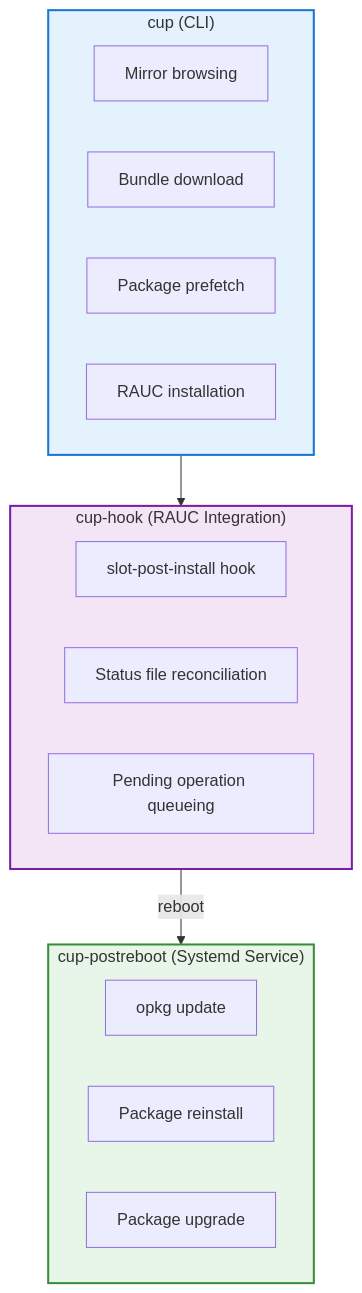
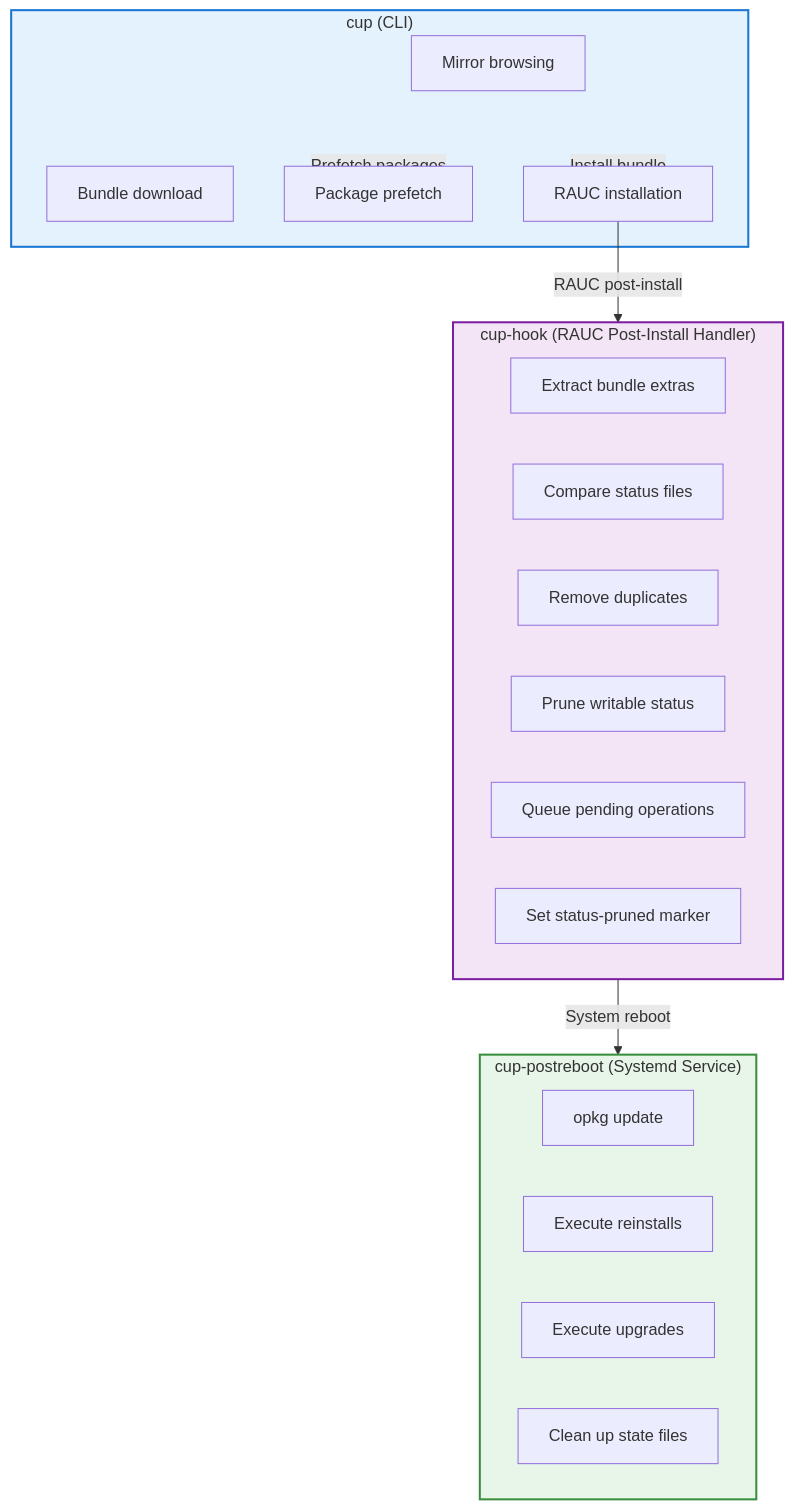
Before and after one commit to Calculinux/docs: the diagram in docs/developer/calculinux-update.md, drawn with Mermaid. The commit also changed other lines of this file, not shown here.

Commit message:
Enhance Calculinux update documentation with detailed architecture overview, improved clarity in component descriptions, and updated reconciliation process. Remove slot mounting references and clarify new binary locations and functionalities in version 0.5.1.

````diff
--- a/docs/developer/calculinux-update.md
+++ b/docs/developer/calculinux-update.md
@@ -9,28 +9,34 @@
 ```mermaid
 graph TD
     subgraph CLI["cup (CLI)"]
         mirror[Mirror browsing]
         download[Bundle download]
         prefetch[Package prefetch]
         install[RAUC installation]
     end
     
-    subgraph Hook["cup-hook (RAUC Integration)"]
-        slothook[slot-post-install hook]
-        reconcile[Status file reconciliation]
-        queue[Pending operation queueing]
+    subgraph Hook["cup-hook (RAUC Post-Install Handler)"]
+        extract[Extract bundle extras]
+        compare[Compare status files]
+        remove[Remove duplicates]
+        prune[Prune writable status]
+        queue[Queue pending operations]
+        marker[Set status-pruned marker]
     end
     
     subgraph Postreboot["cup-postreboot (Systemd Service)"]
-        update[opkg update]
-        reinstall[Package reinstall]
-        upgrade[Package upgrade]
+        feeds[opkg update]
+        reinstall[Execute reinstalls]
+        upgrade[Execute upgrades]
+        cleanup[Clean up state files]
     end
     
-    CLI --> Hook
-    Hook -->|reboot| Postreboot
+    CLI -->|Prefetch packages| prefetch
+    CLI -->|Install bundle| install
+    install -->|RAUC post-install| Hook
+    Hook -->|System reboot| Postreboot
     
     style CLI fill:#e3f2fd,stroke:#1976d2,stroke-width:2px
     style Hook fill:#f3e5f5,stroke:#7b1fa2,stroke-width:2px
     style Postreboot fill:#e8f5e9,stroke:#388e3c,stroke-width:2px
 ```
````
